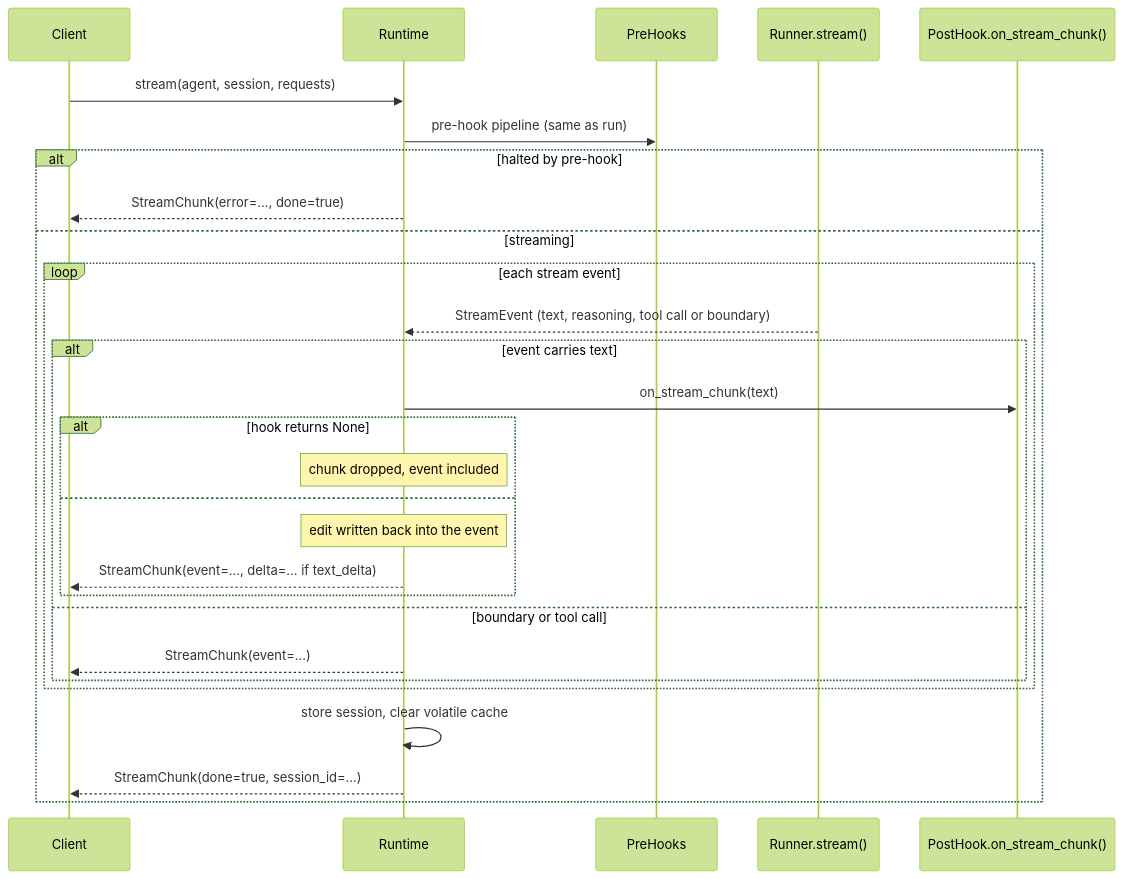
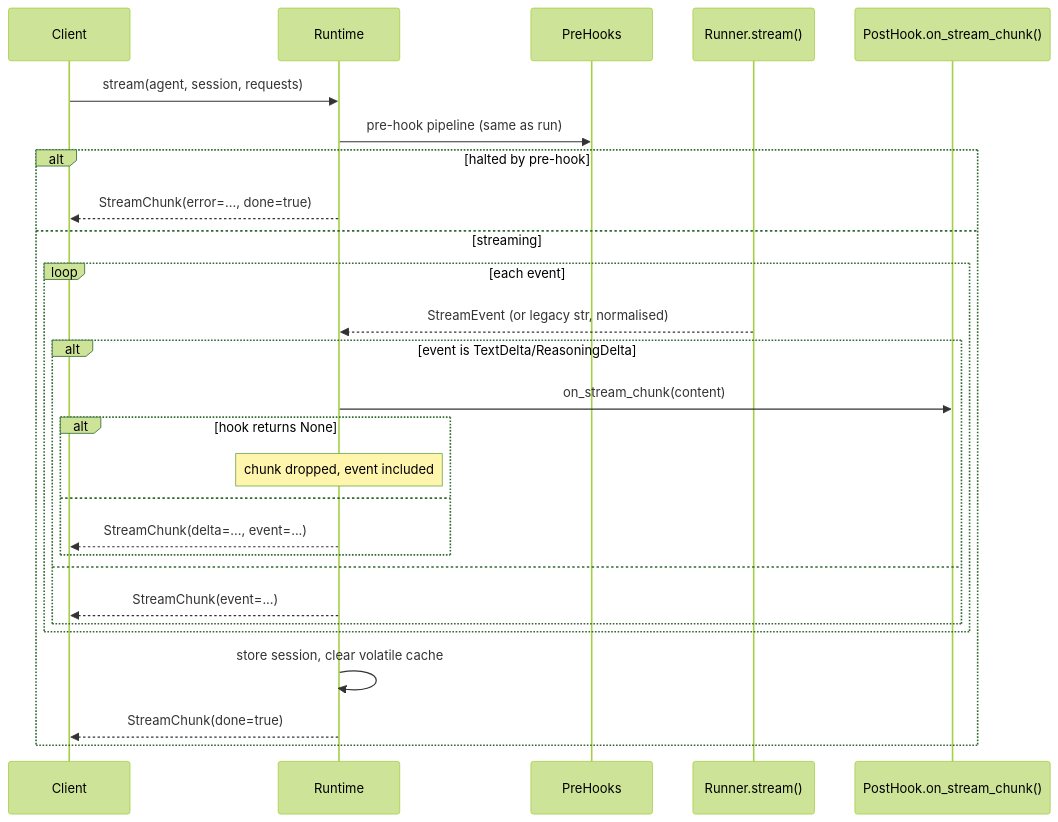
The third of 5 diagrams in docs/docs/architecture/overview.md (yaalalabs/agent-kernel), drawn with Mermaid (forest theme) before and after one commit. The commit also changed other lines of this file and 8 other files, not shown here.

````diff
--- a/docs/docs/architecture/overview.md
+++ b/docs/docs/architecture/overview.md
@@ -234,31 +234,30 @@
 ```mermaid
 sequenceDiagram
     participant U as Client
     participant R as Runtime
     participant PH as PreHooks
     participant Run as Runner.stream()
     participant PoH as PostHook.on_stream_chunk()
 
     U->>R: stream(agent, session, requests)
     R->>PH: pre-hook pipeline (same as run)
     alt halted by pre-hook
         R-->>U: StreamChunk(error=..., done=true)
     else streaming
-        loop each stream event
-            Run-->>R: StreamEvent (text, reasoning, tool call or boundary)
-            alt event carries text
-                R->>PoH: on_stream_chunk(text)
+        loop each event
+            Run-->>R: StreamEvent (or legacy str, normalised)
+            alt event is TextDelta/ReasoningDelta
+                R->>PoH: on_stream_chunk(content)
                 alt hook returns None
                     Note over R: chunk dropped, event included
                 else
-                    Note over R: edit written back into the event
-                    R-->>U: StreamChunk(event=..., delta=... if text_delta)
+                    R-->>U: StreamChunk(delta=..., event=...)
                 end
-            else boundary or tool call
+            else
                 R-->>U: StreamChunk(event=...)
             end
         end
         R->>R: store session, clear volatile cache
-        R-->>U: StreamChunk(done=true, session_id=...)
+        R-->>U: StreamChunk(done=true)
     end
 ```
````
